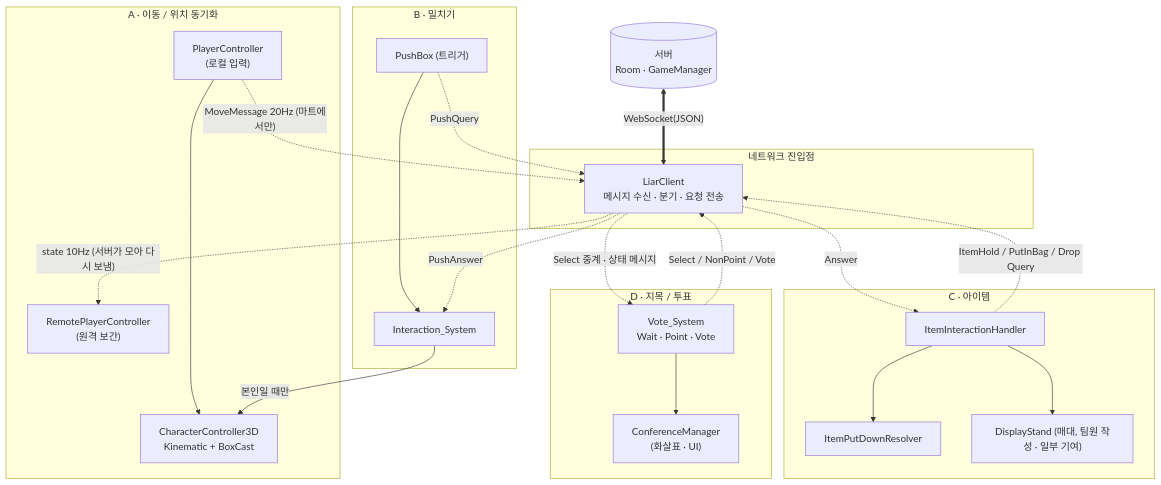
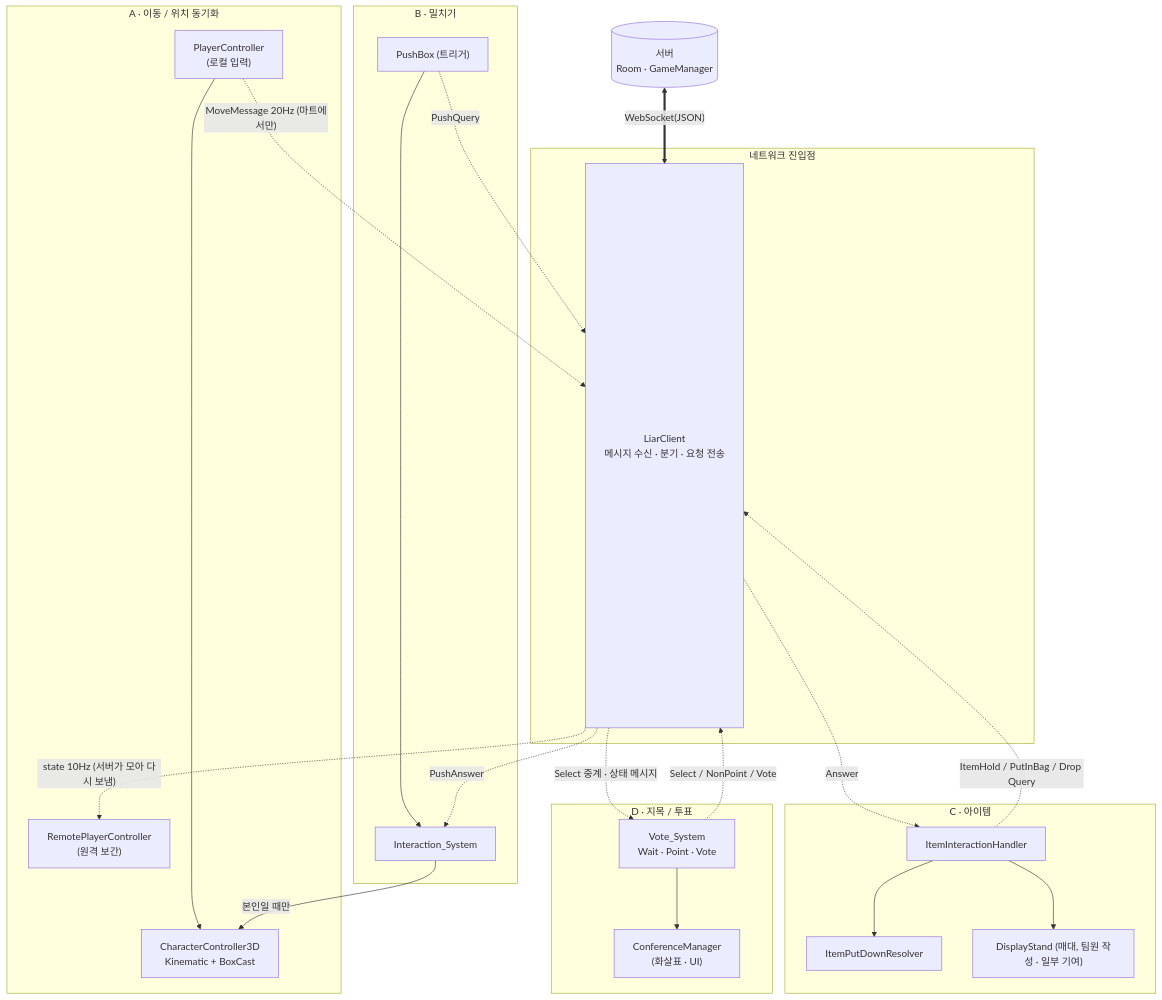
Before and after one commit to NaJungWon/portfolio: the seventh of 7 diagrams in src/02-market-liar/기술문서.md, drawn with Mermaid. The commit also changed other lines of this file and 13 other files, not shown here.

First line of the commit message:
다이어그램 엔진 연결, 6개 문서 그림 13개 배치 다듬기

````diff
--- a/src/02-market-liar/기술문서.md
+++ b/src/02-market-liar/기술문서.md
@@ -897,37 +904,41 @@
 ```mermaid
 flowchart TB
+    %% 격자: CC PC LC - | - RPC LC - | - - LC - | - PB LC - | - IS LC SV | - - LC - | RES IIH LC - | DS - LC - | - - LC - | CM VS LC -
+    %% 화살표 IIH -> LC: 간격=56
+    %% 화살표 VS -> LC: 간격=56
+    %% 선 글자: 한 줄
     SV[("서버<br/>Room · GameManager")]
 
     subgraph NET["네트워크 진입점"]
-        LC["LiarClient<br/>메시지 수신 · 분기 · 요청 전송"]
+        LC["<div style=height:880px;display:flex;flex-direction:column;justify-content:center>LiarClient<br/>메시지 수신 · 분기 · 요청 전송</div>"]
     end
 
     subgraph A["A · 이동 / 위치 동기화"]
         PC["PlayerController<br/>(로컬 입력)"] --> CC["CharacterController3D<br/>Kinematic + BoxCast"]
         RPC["RemotePlayerController<br/>(원격 보간)"]
     end
 
     subgraph B["B · 밀치기"]
         PB["PushBox (트리거)"] --> IS["Interaction_System"]
     end
 
     subgraph C["C · 아이템"]
         IIH["ItemInteractionHandler"] --> RES["ItemPutDownResolver"]
         IIH --> DS["DisplayStand (매대, 팀원 작성 · 일부 기여)"]
     end
 
     subgraph D["D · 지목 / 투표"]
         VS["Vote_System<br/>Wait · Point · Vote"] --> CM["ConferenceManager<br/>(화살표 · UI)"]
     end
 
     SV <==>|"WebSocket(JSON)"| LC
     PC -.->|"MoveMessage 20Hz (마트에서만)"| LC
     LC -.->|"state 10Hz (서버가 모아 다시 보냄)"| RPC
     PB -.->|"PushQuery"| LC
     LC -.->|"PushAnswer"| IS
     IS -->|본인일 때만| CC
     IIH -.->|"ItemHold / PutInBag / Drop Query"| LC
     LC -.->|"Answer"| IIH
     VS -.->|"Select / NonPoint / Vote"| LC
     LC -.->|"Select 중계 · 상태 메시지"| VS
 ```
````
